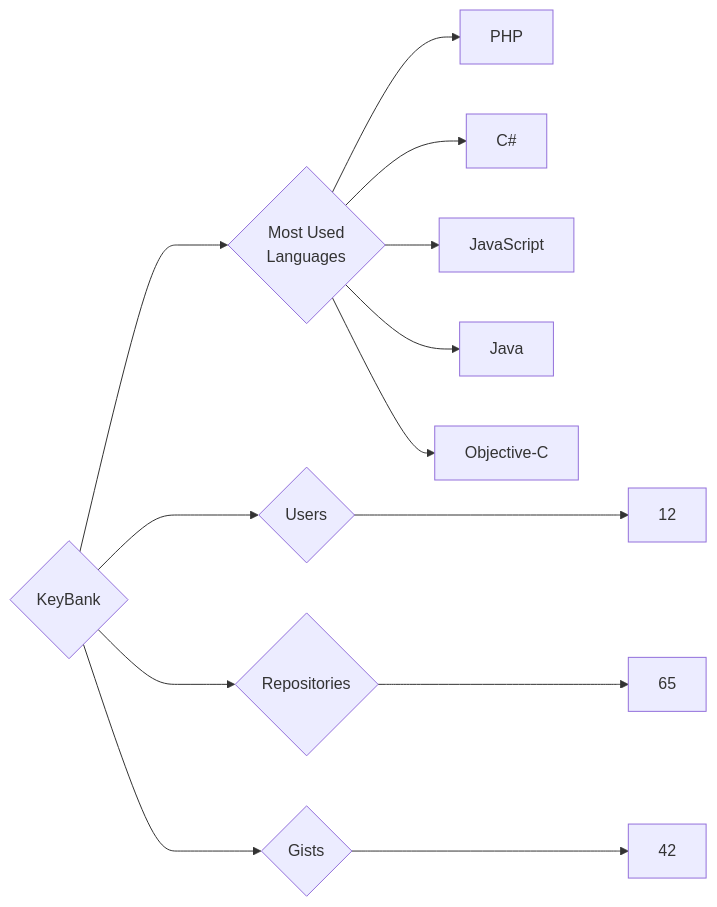
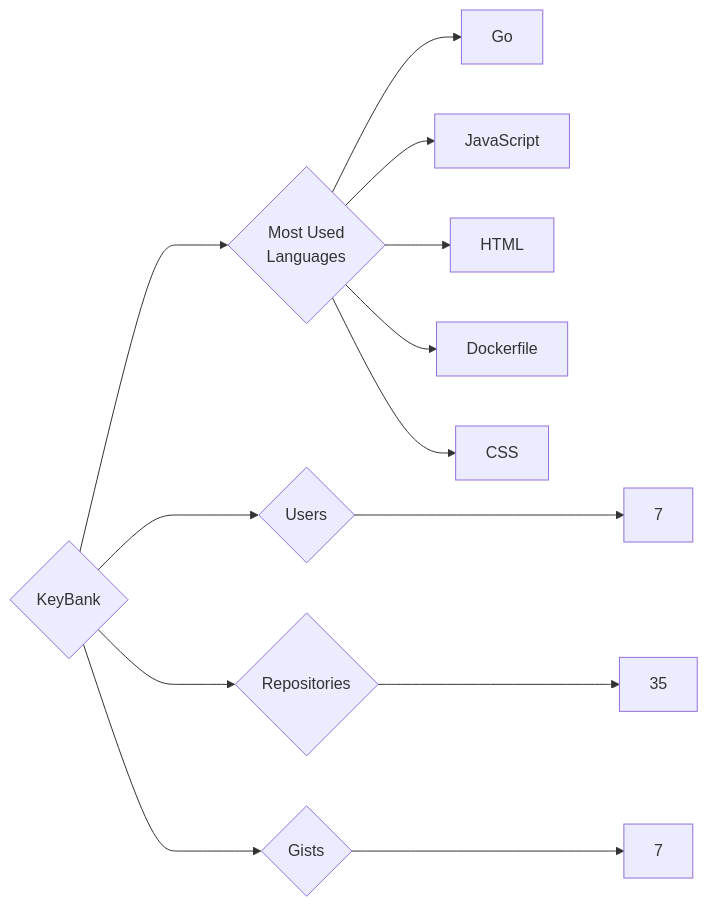
Before and after one commit to trickest/insiders: the diagram in targets/KeyBank/README.md, drawn with Mermaid. The commit also changed 861 other files, not shown here.

````diff
--- a/targets/KeyBank/README.md
+++ b/targets/KeyBank/README.md
@@ -3,13 +3,13 @@
 ```mermaid
 graph LR
 COMPANY_NAME{KeyBank}
-COMPANY_NAME ---> U{Users} ---> UN[12]
-COMPANY_NAME ---> R{Repositories} ---> RN[65]
-COMPANY_NAME ---> G{Gists} ---> GN[42]
+COMPANY_NAME ---> U{Users} ---> UN[7]
+COMPANY_NAME ---> R{Repositories} ---> RN[35]
+COMPANY_NAME ---> G{Gists} ---> GN[7]
 COMPANY_NAME ---> ML{Most Used<br>Languages}
-ML --> PHP[PHP]
-ML --> C#[C#]
+ML --> Go[Go]
 ML --> JavaScript[JavaScript]
-ML --> Java[Java]
-ML --> Objective-C[Objective-C]
+ML --> HTML[HTML]
+ML --> Dockerfile[Dockerfile]
+ML --> CSS[CSS]
 ```
````
